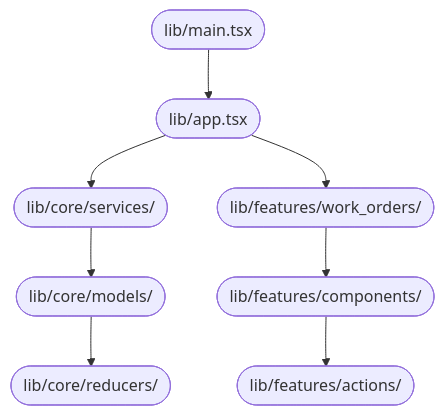
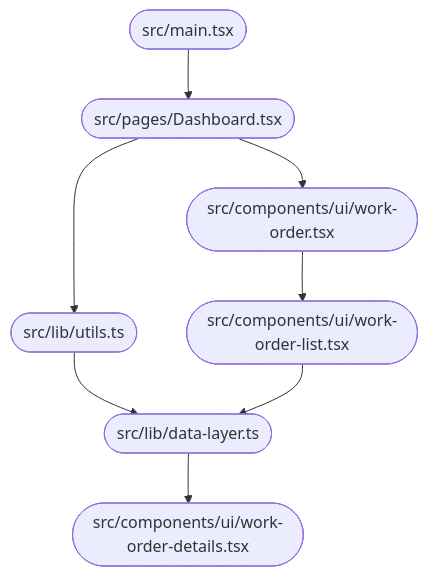
One commit to jahnavi783/tasty-web-portal changed the diagram in DOCUMENTATION.md. Above: the diagram before and after it, drawn with Mermaid. The commit also changed other lines of this file, not shown here.

````diff
--- a/DOCUMENTATION.md
+++ b/DOCUMENTATION.md
@@ -37,10 +37,10 @@
 ```mermaid
 flowchart TD
-A([lib/main.tsx]) --> B([lib/app.tsx])
-B --> C([lib/core/services/])
-B --> D([lib/features/work_orders/])
-C --> E([lib/core/models/])
-D --> F([lib/features/components/])
-E --> G([lib/core/reducers/])
-F --> H([lib/features/actions/])
+A([src/main.tsx]) --> B([src/pages/Dashboard.tsx])
+B --> C([src/components/ui/work-order.tsx])
+B --> D([src/lib/utils.ts])
+C --> E([src/components/ui/work-order-list.tsx])
+D --> F([src/lib/data-layer.ts])
+E --> F
+F --> G([src/components/ui/work-order-details.tsx])
 ```
````
